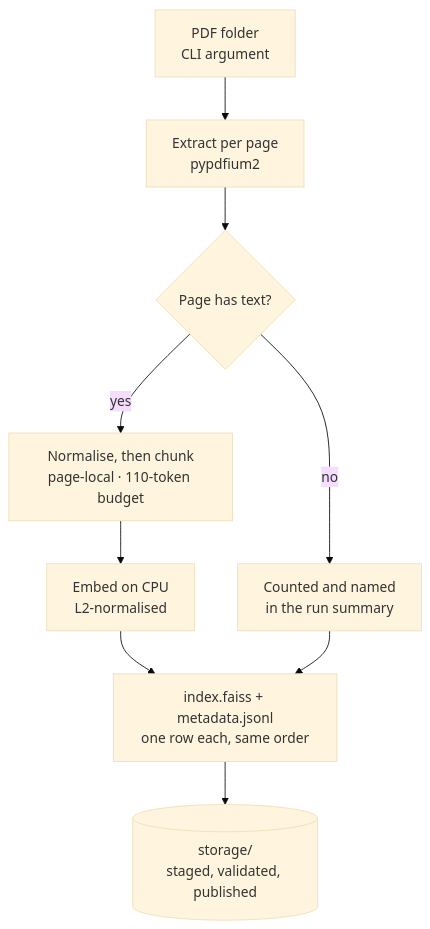
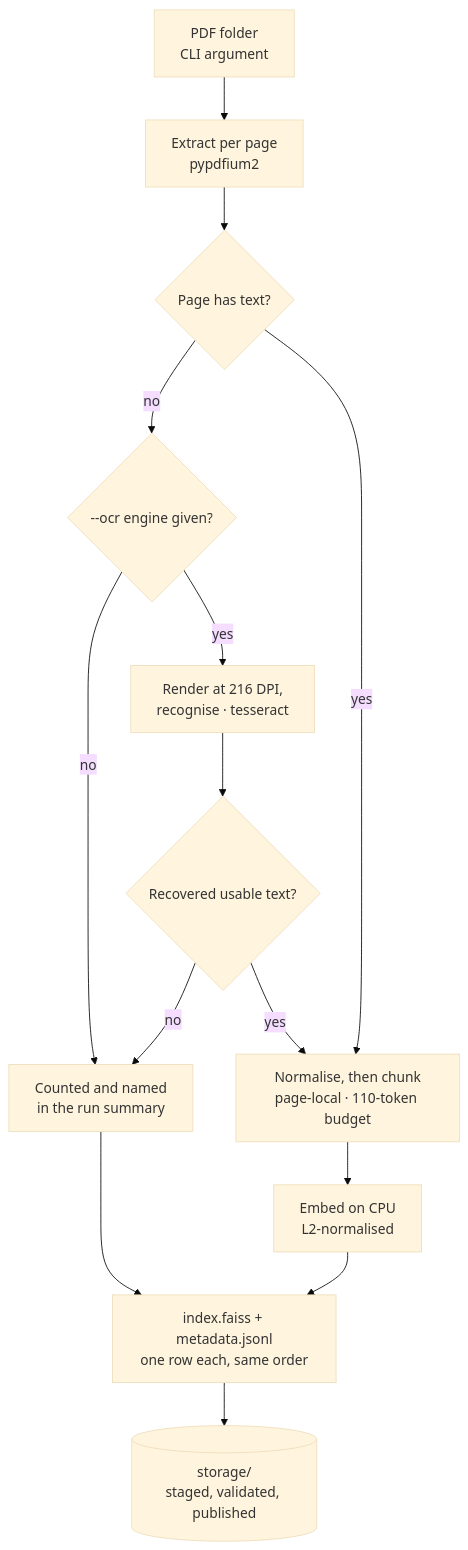
The first of 3 diagrams in README.md (soneeee22000/pdf-search-api), drawn with Mermaid (base theme) before and after one commit. The commit also changed other lines of this file and 6 other files, not shown here.

````diff
--- a/README.md
+++ b/README.md
@@ -264,11 +265,16 @@
 ```mermaid
 flowchart TD
   A["PDF folder<br/>CLI argument"] --> B["Extract per page<br/>pypdfium2"]
   B --> C{"Page has text?"}
-  C -->|no| R["Counted and named<br/>in the run summary"]
+  C -->|no| O{"--ocr engine given?"}
+  O -->|no| R["Counted and named<br/>in the run summary"]
+  O -->|yes| T["Render at 216 DPI,<br/>recognise · tesseract"]
+  T --> U{"Recovered usable text?"}
+  U -->|no| R
+  U -->|yes| D
   C -->|yes| D["Normalise, then chunk<br/>page-local · 110-token budget"]
   D --> E["Embed on CPU<br/>L2-normalised"]
   E --> F["index.faiss + metadata.jsonl<br/>one row each, same order"]
   R --> F
   F --> G[("storage/<br/>staged, validated, published")]
 ```
````
